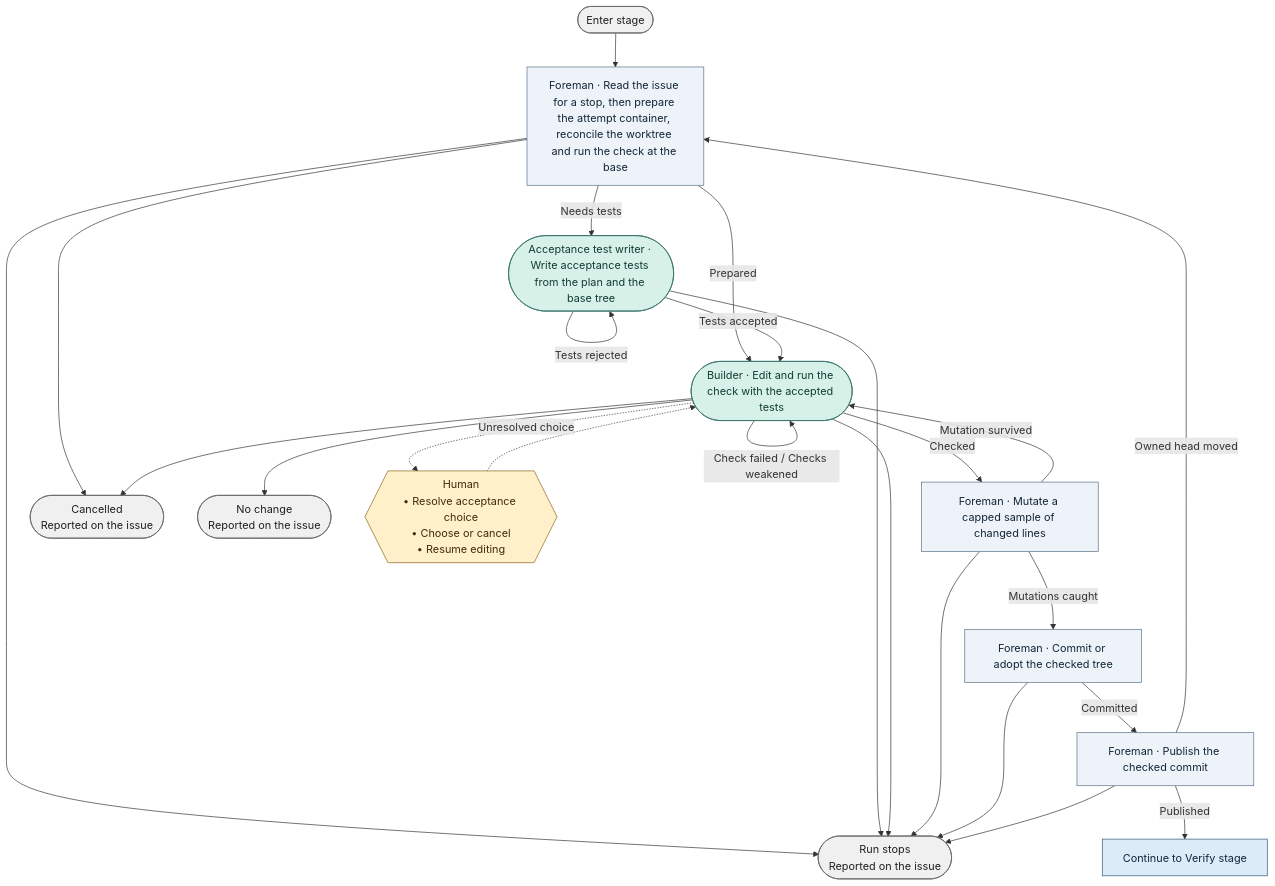
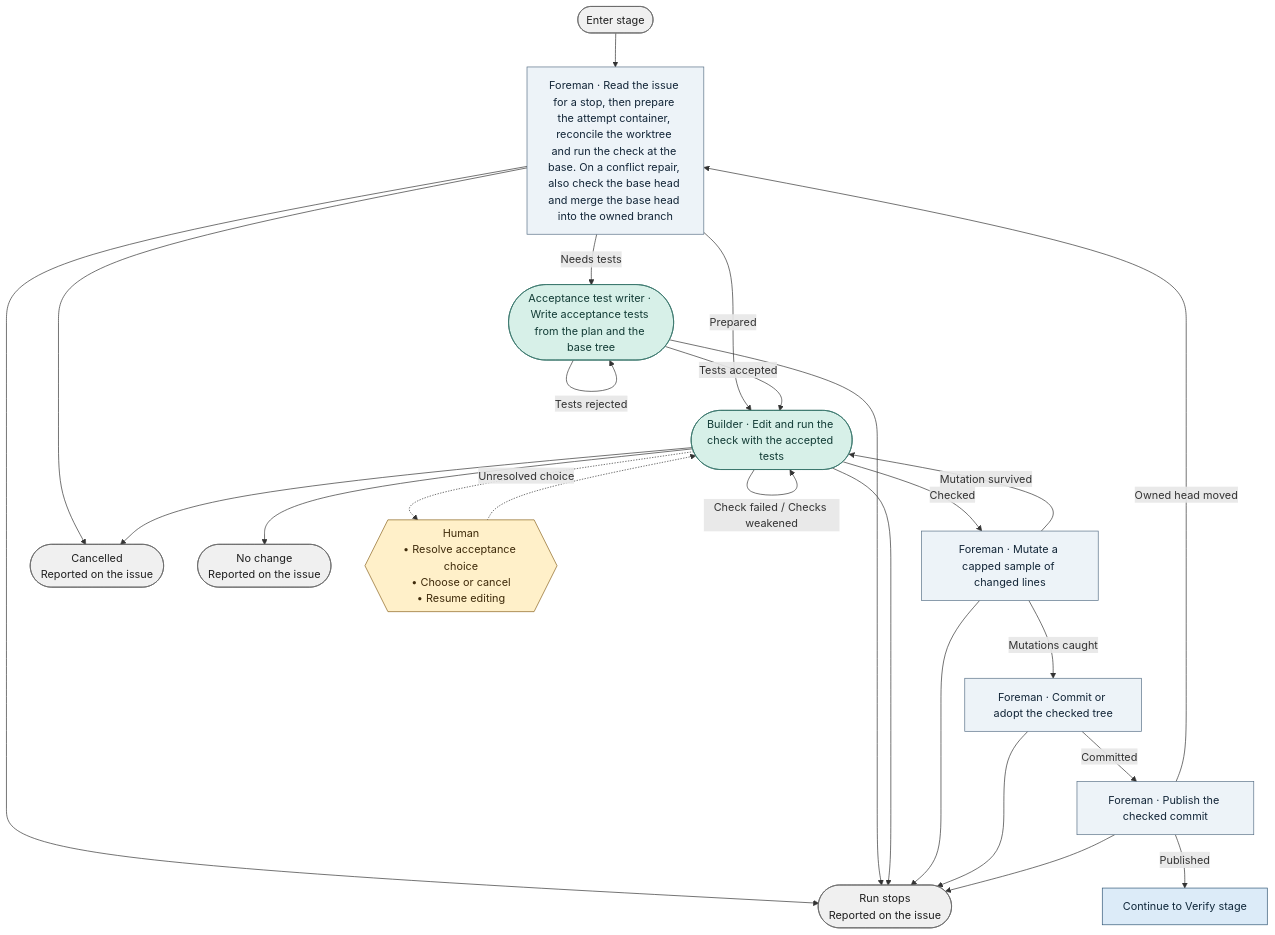
Before and after one commit to bookout-labs/tools: the diagram in docs/graph/blueprint/views/stages/implement.mmd, drawn with Mermaid. The commit also changed 9 other files, not shown here.

Commit message:
C: apply the PR #374 cold-read rulings and rename the halt to base_protected_changed

```diff
--- a/docs/graph/blueprint/views/stages/implement.mmd
+++ b/docs/graph/blueprint/views/stages/implement.mmd
@@ -1,41 +1,41 @@
 flowchart TD
     n0(["Enter stage"]):::terminal
-    n1["Foreman · Read the issue for a stop, then prepare the attempt container, reconcile the worktree and run the check at the base"]:::step
+    n1["Foreman · Read the issue for a stop, then prepare the attempt container, reconcile the worktree and run the check at the base. On a conflict repair, also check the base head and merge the base head into the owned branch"]:::step
     n2(["Acceptance test writer · Write acceptance tests from the plan and the base tree"]):::worker
     n3(["Builder · Edit and run the check with the accepted tests"]):::worker
     n4["Foreman · Mutate a capped sample of changed lines"]:::step
     n5["Foreman · Commit or adopt the checked tree"]:::step
     n6["Foreman · Publish the checked commit"]:::step
     n7(["Cancelled<br/>Reported on the issue"]):::terminal
     n8(["Run stops<br/>Reported on the issue"]):::terminal
     n9(["No change<br/>Reported on the issue"]):::terminal
     n10["Continue to Verify stage"]:::stage
     n11{{"Human<br/>• Resolve acceptance choice<br/>• Choose or cancel<br/>• Resume editing"}}:::gate
     n0 --> n1
     n1 --> n7
     n1 --> n8
     n1 -->|"Needs tests"| n2
     n1 -->|"Prepared"| n3
     n2 --> n8
     n2 -->|"Tests rejected"| n2
     n2 -->|"Tests accepted"| n3
     n3 --> n7
     n3 --> n9
     n3 --> n8
     n3 -->|"Check failed / Checks weakened"| n3
     n3 -->|"Checked"| n4
     n4 --> n8
     n4 -->|"Mutation survived"| n3
     n4 -->|"Mutations caught"| n5
     n5 --> n8
     n5 -->|"Committed"| n6
     n6 --> n8
     n6 -->|"Owned head moved"| n1
     n6 -->|"Published"| n10
     n3 -.->|"Unresolved choice"| n11
     n11 -.-> n3
     classDef stage fill:#dcebf8,stroke:#315675,color:#10283b
     classDef step fill:#edf3f8,stroke:#597187,color:#132638
     classDef worker fill:#d7f0e8,stroke:#357369,color:#133c36
     classDef gate fill:#fff0c9,stroke:#89641f,color:#3f2b0b
     classDef terminal fill:#f0f0f0,stroke:#666666,color:#202020
```
